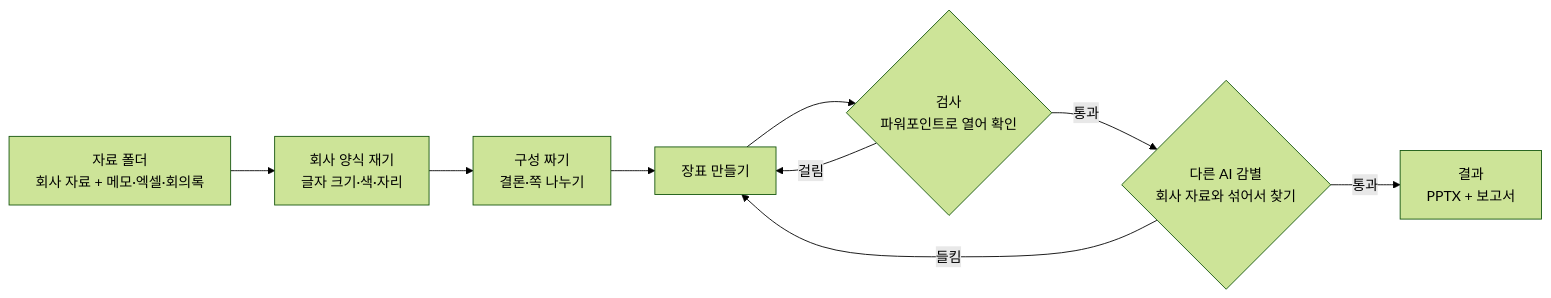
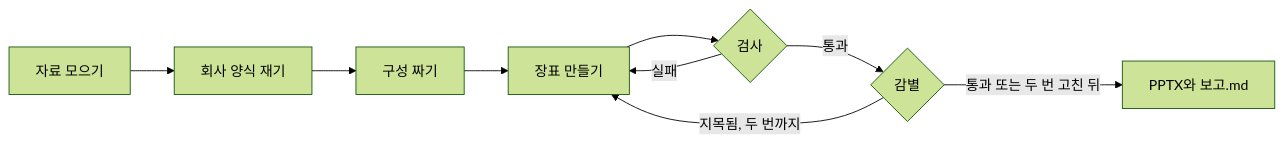
One commit to kyusieun/company-deck changed the diagram in README.md. Above: the diagram before and after it, drawn with Mermaid (forest theme). The commit also changed other lines of this file and 5 other files, not shown here.

````diff
--- a/README.md
+++ b/README.md
@@ -94,11 +90,11 @@
 ```mermaid
 flowchart LR
-    A[자료 폴더<br>회사 자료 + 메모·엑셀·회의록] --> B[회사 양식 재기<br>글자 크기·색·자리]
-    B --> C[구성 짜기<br>결론·쪽 나누기]
+    A[자료 모으기] --> B[회사 양식 재기]
+    B --> C[구성 짜기]
     C --> D[장표 만들기]
-    D --> E{검사<br>파워포인트로 열어 확인}
-    E -- 걸림 --> D
-    E -- 통과 --> F{다른 AI 감별<br>회사 자료와 섞어서 찾기}
-    F -- 들킴 --> D
-    F -- 통과 --> G[결과<br>PPTX + 보고서]
+    D --> E{검사}
+    E -- 실패 --> D
+    E -- 통과 --> F{감별}
+    F -- 지목됨, 두 번까지 --> D
+    F -- 통과 또는 두 번 고친 뒤 --> G[PPTX와 보고.md]
 ```
````
